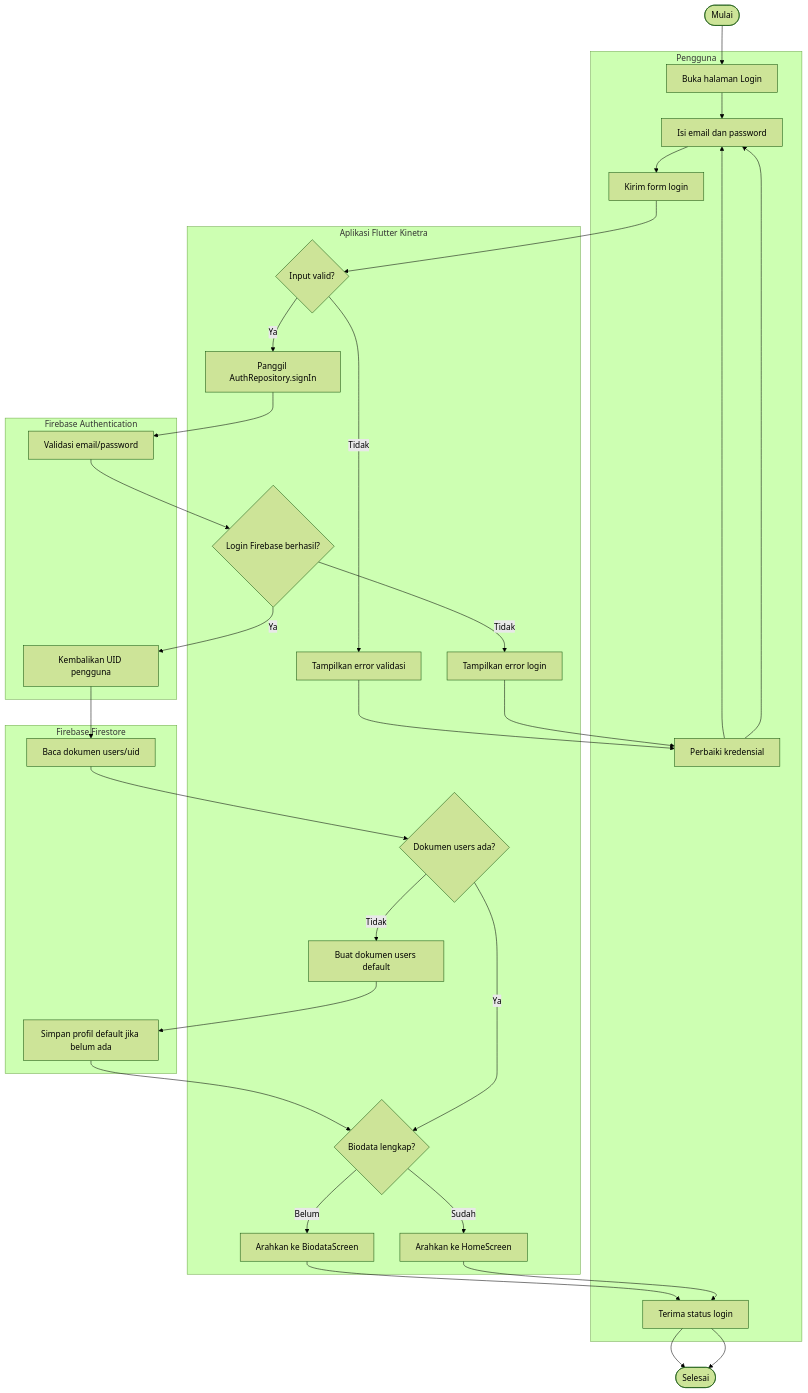
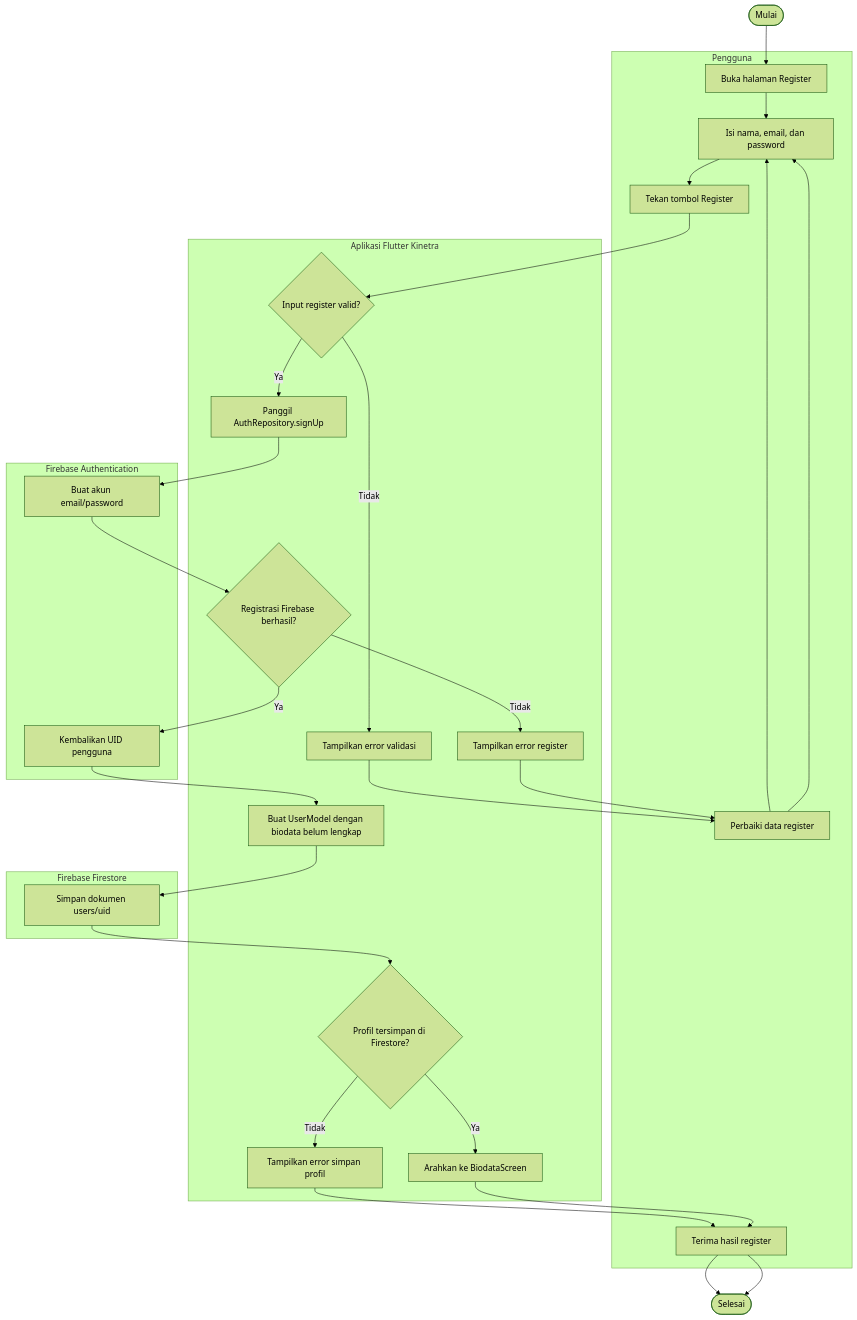
One commit to arifrachmatdx/Kinetra changed the third of 24 diagrams in docs/uml.md. Above: the diagram before and after it, drawn with Mermaid (forest theme). The commit also changed other lines of this file and 1 other file, not shown here.

Commit message:
docs: align UML diagrams with requested use cases

````diff
--- a/docs/uml.md
+++ b/docs/uml.md
@@ -100,41 +119,37 @@
 ```mermaid
 flowchart TD
     Start([Mulai])
     subgraph User["Pengguna"]
-        OpenLogin[Buka halaman Login]
-        FillLogin[Isi email dan password]
-        SubmitLogin[Kirim form login]
-        RetryLogin[Perbaiki kredensial]
-        ReceiveResult[Terima status login]
+        OpenRegister[Buka halaman Register]
+        FillRegister[Isi nama, email, dan password]
+        SubmitRegister[Tekan tombol Register]
+        FixInput[Perbaiki data register]
+        ReceiveRegisterResult[Terima hasil register]
     end
     subgraph App["Aplikasi Flutter Kinetra"]
-        ValidateInput{Input valid?}
-        CallSignIn[Panggil AuthRepository.signIn]
-        LoginSuccess{Login Firebase berhasil?}
-        UserDocExists{Dokumen users ada?}
-        CreateDefaultUser[Buat dokumen users default]
-        CheckBiodata{Biodata lengkap?}
+        ValidateRegister{Input register valid?}
+        CallSignUp[Panggil AuthRepository.signUp]
+        RegisterSuccess{Registrasi Firebase berhasil?}
+        BuildUserModel[Buat UserModel dengan biodata belum lengkap]
+        SaveUserSuccess{Profil tersimpan di Firestore?}
         GoBiodata[Arahkan ke BiodataScreen]
-        GoHome[Arahkan ke HomeScreen]
         ShowValidationError[Tampilkan error validasi]
-        ShowAuthError[Tampilkan error login]
+        ShowRegisterError[Tampilkan error register]
+        ShowSaveError[Tampilkan error simpan profil]
     end
     subgraph Auth["Firebase Authentication"]
-        VerifyCredential[Validasi email/password]
-        ReturnAuthState[Kembalikan UID pengguna]
+        CreateAccount[Buat akun email/password]
+        ReturnUid[Kembalikan UID pengguna]
     end
     subgraph DB["Firebase Firestore"]
-        ReadUser[Baca dokumen users/uid]
-        SaveDefaultUser[Simpan profil default jika belum ada]
+        SaveUser[Simpan dokumen users/uid]
     end
 
-    Start --> OpenLogin --> FillLogin --> SubmitLogin --> ValidateInput
-    ValidateInput -->|Tidak| ShowValidationError --> RetryLogin --> FillLogin
-    ValidateInput -->|Ya| CallSignIn --> VerifyCredential --> LoginSuccess
-    LoginSuccess -->|Tidak| ShowAuthError --> RetryLogin --> FillLogin
-    LoginSuccess -->|Ya| ReturnAuthState --> ReadUser --> UserDocExists
-    UserDocExists -->|Tidak| CreateDefaultUser --> SaveDefaultUser --> CheckBiodata
-    UserDocExists -->|Ya| CheckBiodata
-    CheckBiodata -->|Belum| GoBiodata --> ReceiveResult --> End([Selesai])
-    CheckBiodata -->|Sudah| GoHome --> ReceiveResult --> End
+    Start --> OpenRegister --> FillRegister --> SubmitRegister --> ValidateRegister
+    ValidateRegister -->|Tidak| ShowValidationError --> FixInput --> FillRegister
+    ValidateRegister -->|Ya| CallSignUp --> CreateAccount --> RegisterSuccess
+    RegisterSuccess -->|Tidak| ShowRegisterError --> FixInput --> FillRegister
+    RegisterSuccess -->|Ya| ReturnUid --> BuildUserModel --> SaveUser --> SaveUserSuccess
+    SaveUserSuccess -->|Tidak| ShowSaveError --> ReceiveRegisterResult --> End([Selesai])
+    SaveUserSuccess -->|Ya| GoBiodata --> ReceiveRegisterResult --> End
 ```
````
